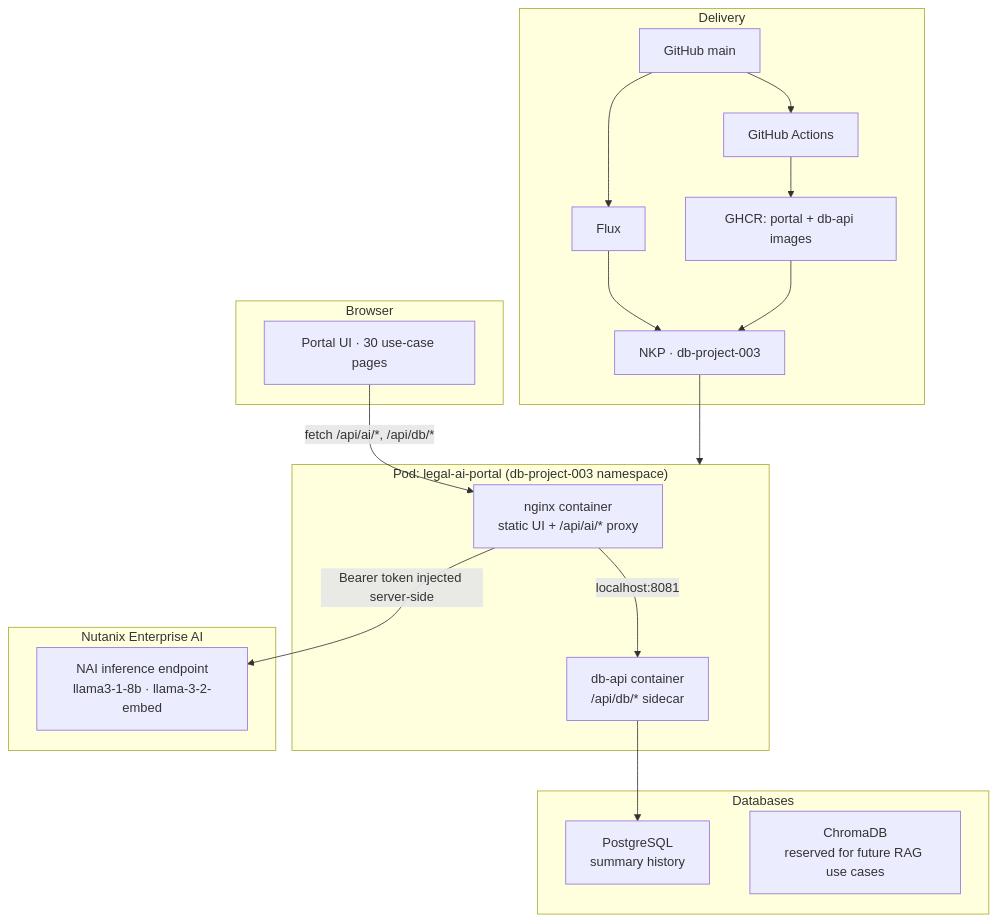
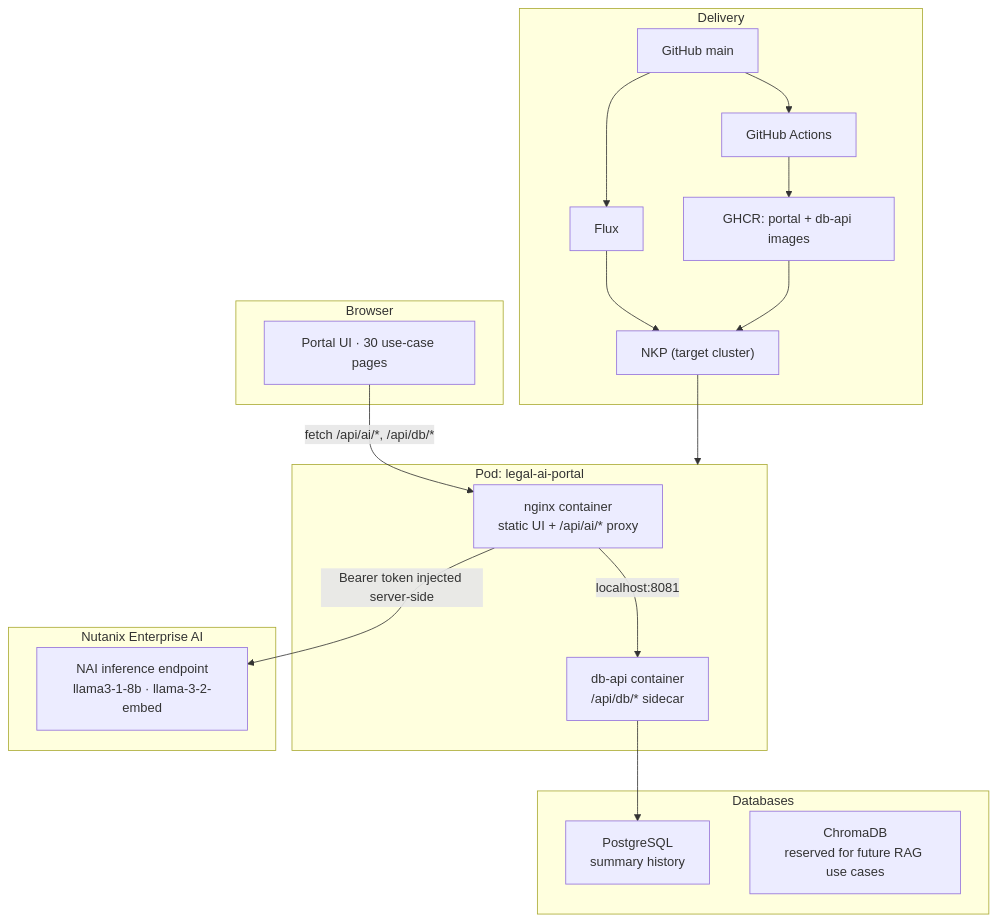
Before and after one commit to script-repo/ucdemo-003-legal: the diagram in README.md, drawn with Mermaid. The commit also changed other lines of this file, not shown here.

First line of the commit message:
README: genericize namespace/cluster references in diagram and prose

````diff
--- a/README.md
+++ b/README.md
@@ -22,38 +22,38 @@
 ```mermaid
 flowchart TB
   subgraph browser["Browser"]
     UI["Portal UI · 30 use-case pages"]
   end
 
-  subgraph pod["Pod: legal-ai-portal (db-project-003 namespace)"]
+  subgraph pod["Pod: legal-ai-portal"]
     Nginx["nginx container<br/>static UI + /api/ai/* proxy"]
     DbApi["db-api container<br/>/api/db/* sidecar"]
     Nginx -->|"localhost:8081"| DbApi
   end
 
   subgraph data["Databases"]
     PG["PostgreSQL<br/>summary history"]
     Chroma["ChromaDB<br/>reserved for future RAG use cases"]
   end
 
   subgraph inference["Nutanix Enterprise AI"]
     NAI["NAI inference endpoint<br/>llama3-1-8b · llama-3-2-embed"]
   end
 
   subgraph gitops["Delivery"]
     Git["GitHub main"]
     GHA["GitHub Actions"]
     GHCR["GHCR: portal + db-api images"]
     Flux["Flux"]
-    NKP["NKP · db-project-003"]
+    NKP["NKP (target cluster)"]
   end
 
   UI -->|"fetch /api/ai/*, /api/db/*"| Nginx
   Nginx -->|"Bearer token injected server-side"| NAI
   DbApi --> PG
 
   Git --> GHA --> GHCR
   Git --> Flux --> NKP
   GHCR --> NKP
   NKP --> pod
 ```
````
